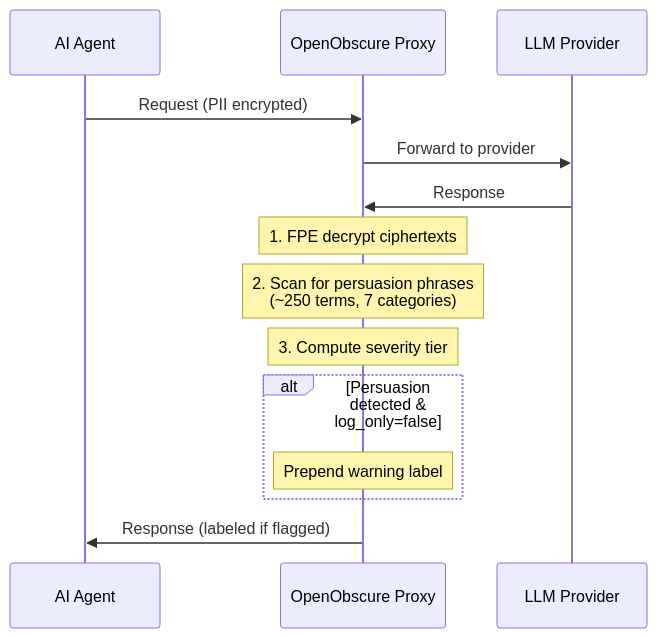
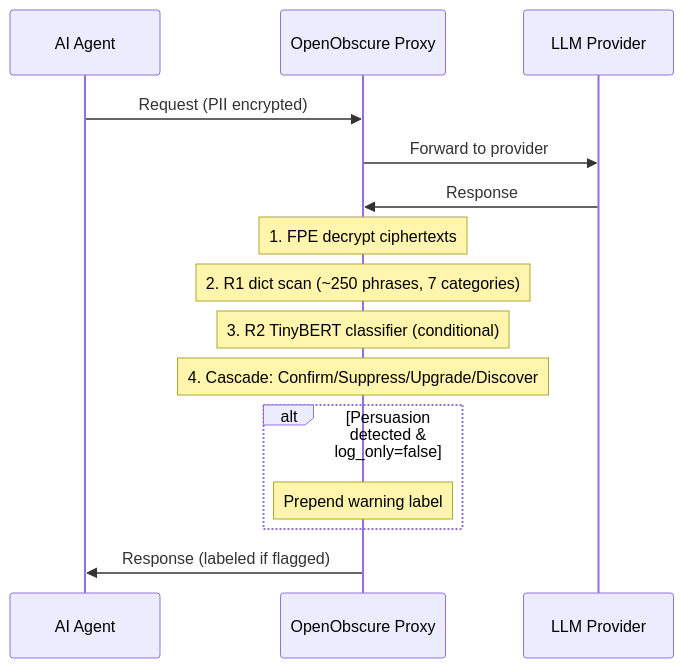
One commit to OpenObscure/OpenObscure changed the sixth of 6 diagrams in README.md. Above: the diagram before and after it, drawn with Mermaid. The commit also changed other lines of this file and 19 other files, not shown here.

````diff
--- a/README.md
+++ b/README.md
@@ -509,17 +509,18 @@
 ```mermaid
 sequenceDiagram
     participant A as AI Agent
     participant P as OpenObscure Proxy
     participant L as LLM Provider
 
     A->>P: Request (PII encrypted)
     P->>L: Forward to provider
     L->>P: Response
     Note over P: 1. FPE decrypt ciphertexts
-    Note over P: 2. Scan for persuasion phrases<br/>(~250 terms, 7 categories)
-    Note over P: 3. Compute severity tier
+    Note over P: 2. R1 dict scan (~250 phrases, 7 categories)
+    Note over P: 3. R2 TinyBERT classifier (conditional)
+    Note over P: 4. Cascade: Confirm/Suppress/Upgrade/Discover
     alt Persuasion detected & log_only=false
         Note over P: Prepend warning label
     end
     P->>A: Response (labeled if flagged)
 ```
````
